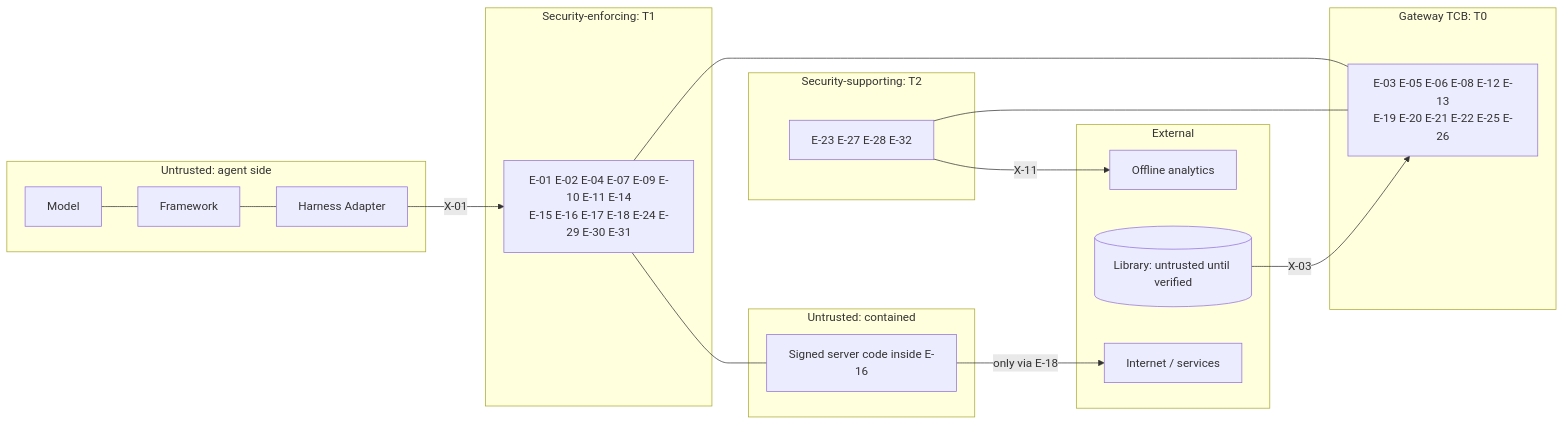
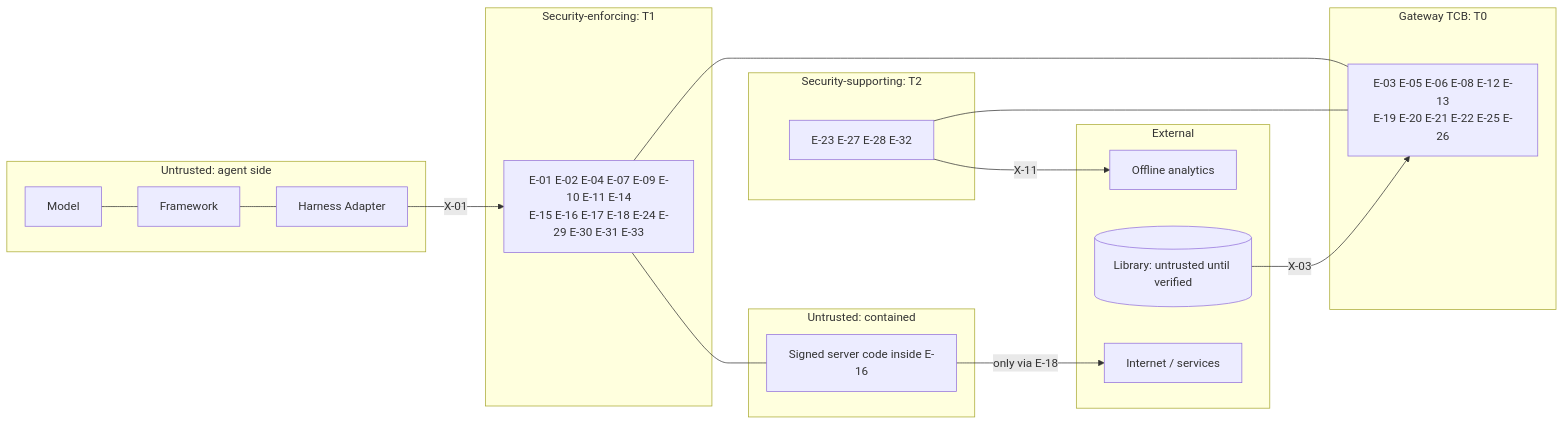
The seventh of 9 diagrams in ArchitectureV2.md (ethan03805/Secure-MCP-Gateway), drawn with Mermaid before and after one commit. The commit also changed other lines of this file and 11 other files, not shown here.

````diff
--- a/ArchitectureV2.md
+++ b/ArchitectureV2.md
@@ -959,30 +969,30 @@
 ```mermaid
 flowchart LR
   subgraph U1[Untrusted: agent side]
     MODEL[Model] --- AF[Framework] --- HA[Harness Adapter]
   end
   subgraph TCB[Gateway TCB: T0]
     T0N["E-03 E-05 E-06 E-08 E-12 E-13<br/>E-19 E-20 E-21 E-22 E-25 E-26"]
   end
   subgraph ENF[Security-enforcing: T1]
-    T1N["E-01 E-02 E-04 E-07 E-09 E-10 E-11 E-14<br/>E-15 E-16 E-17 E-18 E-24 E-29 E-30 E-31"]
+    T1N["E-01 E-02 E-04 E-07 E-09 E-10 E-11 E-14<br/>E-15 E-16 E-17 E-18 E-24 E-29 E-30 E-31 E-33"]
   end
   subgraph SUP[Security-supporting: T2]
     T2N["E-23 E-27 E-28 E-32"]
   end
   subgraph U2[Untrusted: contained]
     SRV[Signed server code inside E-16]
   end
   subgraph EXT[External]
     NET[Internet / services]
     LIB[(Library: untrusted until verified)]
     OFF[Offline analytics]
   end
   HA -- X-01 --> T1N
   T1N --- T0N
   T2N --- T0N
   T1N --- SRV
   SRV -- only via E-18 --> NET
   LIB -- X-03 --> T0N
   T2N -- X-11 --> OFF
 ```
````
